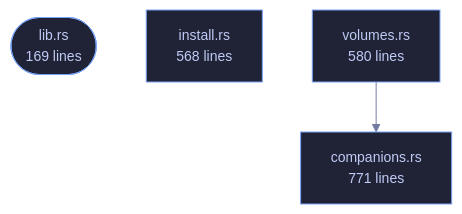
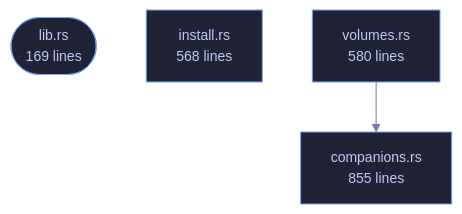
The diagram in crates/veilvoice-setup/README.md (tilas01/veilvoice), drawn with Mermaid before and after one commit. The commit also changed other lines of this file and 94 other files, not shown here.

````diff
--- a/crates/veilvoice-setup/README.md
+++ b/crates/veilvoice-setup/README.md
@@ -103,13 +103,13 @@
 ```mermaid
 %%{init: {"theme":"base","themeVariables":{"background":"#1a1b26","primaryColor":"#1f2335","primaryTextColor":"#c0caf5","primaryBorderColor":"#7aa2f7","secondaryColor":"#16161e","tertiaryColor":"#16161e","lineColor":"#737aa2","textColor":"#c0caf5","mainBkg":"#1f2335","nodeBorder":"#7aa2f7","clusterBkg":"#16161e","clusterBorder":"#2f3549","fontFamily":"ui-monospace, SFMono-Regular, Consolas, monospace","fontSize":"14px"}}}%%
 flowchart TD
     n_lib(["lib.rs<br/>169 lines"])
-    n_companions["companions.rs<br/>771 lines"]
+    n_companions["companions.rs<br/>855 lines"]
     n_install["install.rs<br/>568 lines"]
     n_volumes["volumes.rs<br/>580 lines"]
     n_volumes --> n_companions
     click n_lib href "https://github.com/tilas01/veilvoice/blob/main/crates/veilvoice-setup/src/lib.rs" "open the source"
     click n_companions href "https://github.com/tilas01/veilvoice/blob/main/crates/veilvoice-setup/src/companions.rs" "open the source"
     click n_install href "https://github.com/tilas01/veilvoice/blob/main/crates/veilvoice-setup/src/install.rs" "open the source"
     click n_volumes href "https://github.com/tilas01/veilvoice/blob/main/crates/veilvoice-setup/src/volumes.rs" "open the source"
 ```
````
